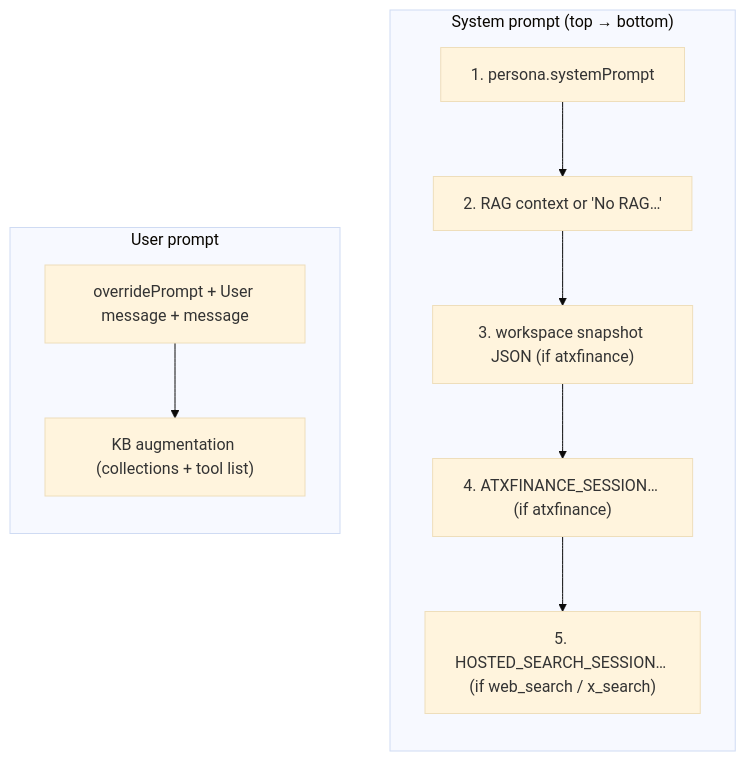
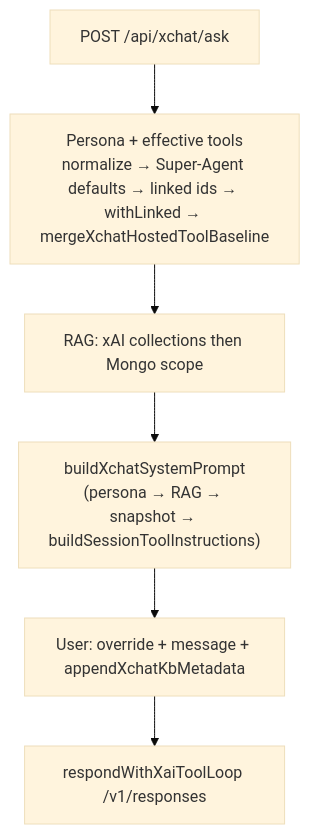
Before and after one commit to devsecopstx/atx-trusted-advisor: the diagram in docs/xchat/xchat-tools-guide.md, drawn with Mermaid (base theme). The commit also changed other lines of this file and 16 other files, not shown here.

First line of the commit message:
refactor(xchat): centralize prompt assembly and slim tools guide

````diff
--- a/docs/xchat/xchat-tools-guide.md
+++ b/docs/xchat/xchat-tools-guide.md
@@ -89,18 +13,8 @@
 ```mermaid
-flowchart TB
-  subgraph system["System prompt (top → bottom)"]
-    direction TB
-    s1["1. persona.systemPrompt"]
-    s2["2. RAG context or 'No RAG…'"]
-    s3["3. workspace snapshot JSON (if atxfinance)"]
-    s4["4. ATXFINANCE_SESSION… (if atxfinance)"]
-    s5["5. HOSTED_SEARCH_SESSION… (if web_search / x_search)"]
-    s1 --> s2 --> s3 --> s4 --> s5
-  end
-  subgraph user["User prompt"]
-    direction TB
-    u1["overridePrompt + User message + message"]
-    u2["KB augmentation (collections + tool list)"]
-    u1 --> u2
-  end
+flowchart TD
+  A["POST /api/xchat/ask"] --> B["Persona + effective tools\nnormalize → Super-Agent defaults → linked ids → withLinked → mergeXchatHostedToolBaseline"]
+  B --> C["RAG: xAI collections then Mongo scope"]
+  C --> D["buildXchatSystemPrompt\n(persona → RAG → snapshot → buildSessionToolInstructions)"]
+  D --> E["User: override + message + appendXchatKbMetadata"]
+  E --> F["respondWithXaiToolLoop /v1/responses"]
 ```
````
